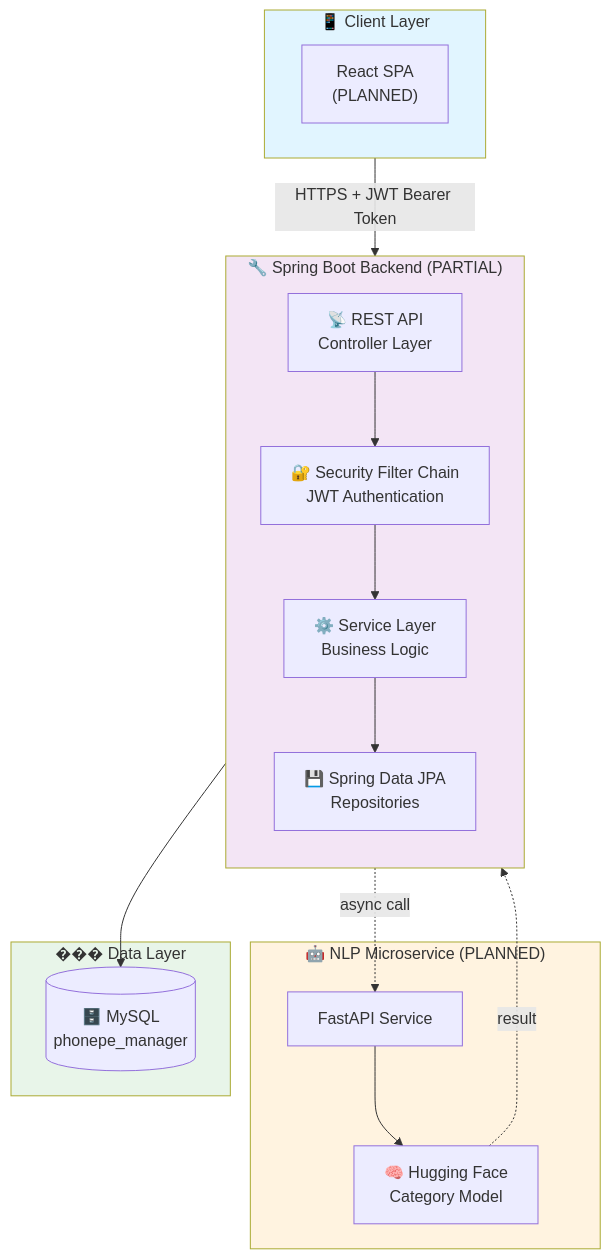
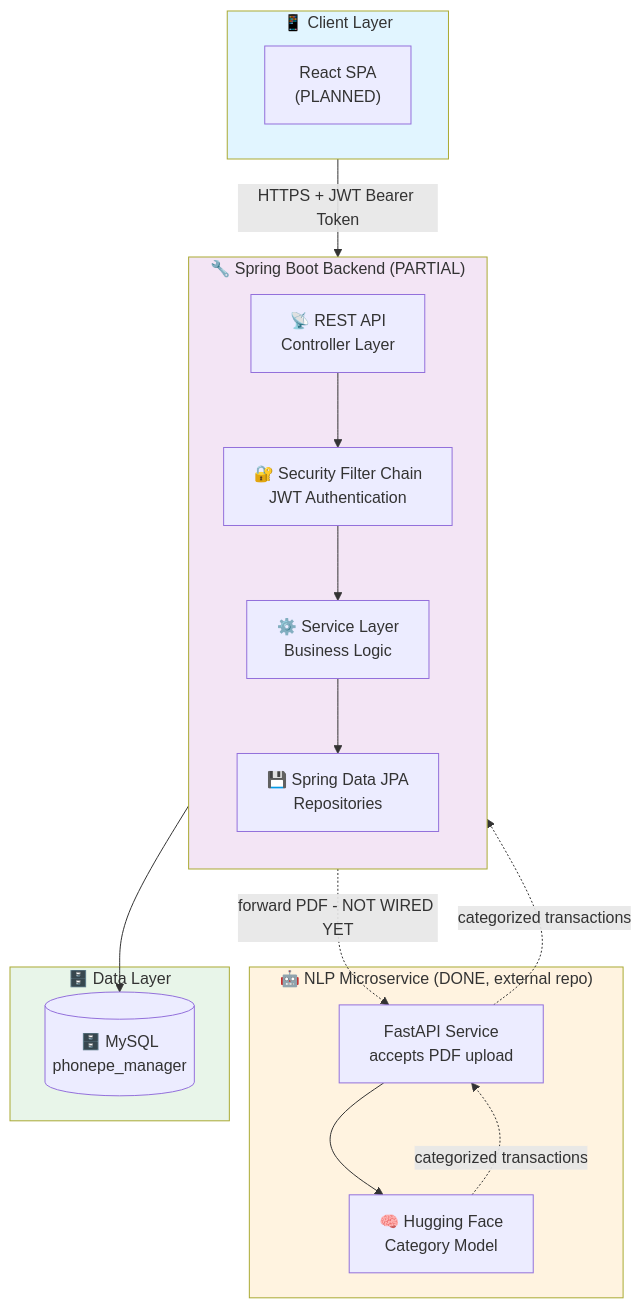
Before and after one commit to Bhawesh-007/Phonpe_Manager: the first of 5 diagrams in src/main/java/com/Bhawesh/expense_tracker/architecture/arch.md, drawn with Mermaid. The commit also changed other lines of this file and 16 other files, not shown here.

````diff
--- a/src/main/java/com/Bhawesh/expense_tracker/architecture/arch.md
+++ b/src/main/java/com/Bhawesh/expense_tracker/architecture/arch.md
@@ -5,37 +21,38 @@
 ```mermaid
 graph TB
     subgraph Client["📱 Client Layer"]
         SPA["React SPA<br/>(PLANNED)"]
     end
 
     subgraph Backend["🔧 Spring Boot Backend (PARTIAL)"]
         direction TB
         API["📡 REST API<br/>Controller Layer"]
         SEC["🔐 Security Filter Chain<br/>JWT Authentication"]
         SVC["⚙️ Service Layer<br/>Business Logic"]
         REPO["💾 Spring Data JPA<br/>Repositories"]
     end
 
-    subgraph ML["🤖 NLP Microservice (PLANNED)"]
-        FASTAPI["FastAPI Service"]
+    subgraph ML["🤖 NLP Microservice (DONE, external repo)"]
+        FASTAPI["FastAPI Service<br/>accepts PDF upload"]
         HF["🧠 Hugging Face<br/>Category Model"]
     end
 
-    subgraph Data["��� Data Layer"]
+    subgraph Data["🗄️ Data Layer"]
         DB[("🗄️ MySQL<br/>phonepe_manager")]
     end
 
     Client -->|HTTPS + JWT Bearer Token| API
     API --> SEC
     SEC --> SVC
     SVC --> REPO
     REPO --> DB
-    SVC -.->|async call| FASTAPI
+    SVC -.->|forward PDF - NOT WIRED YET| FASTAPI
     FASTAPI --> HF
-    HF -.->|result| SVC
+    HF -.->|categorized transactions| FASTAPI
+    FASTAPI -.->|categorized transactions| SVC
 
     style Client fill:#e1f5ff
     style Backend fill:#f3e5f5
     style ML fill:#fff3e0
     style Data fill:#e8f5e9
 ```
````
